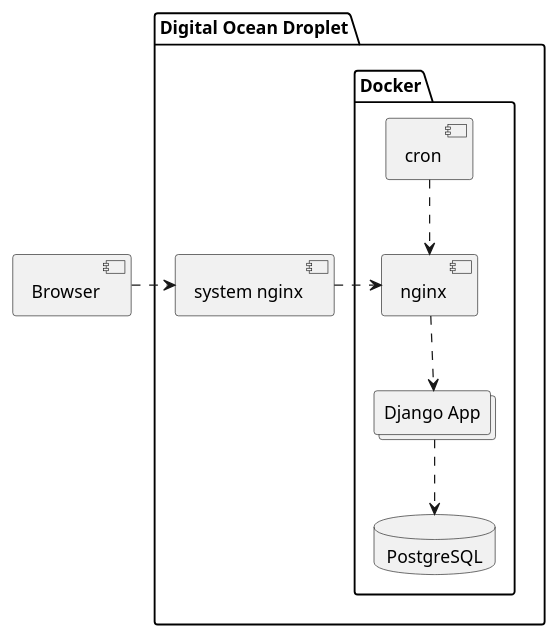
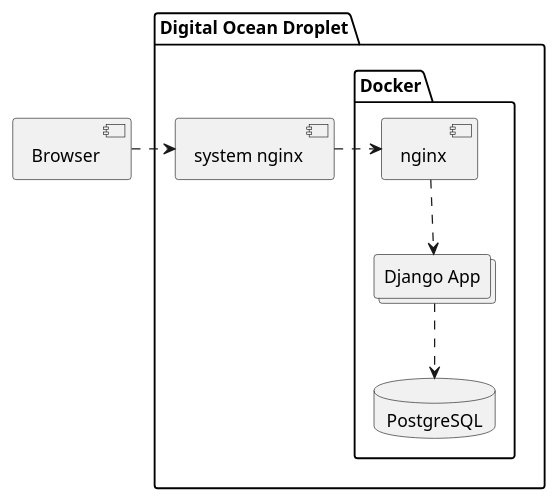
One commit to roniemartinez/docker-django-template changed the diagram in diagrams/demo-architecture.puml. Above: the diagram before and after it, drawn with PlantUML. The commit also changed 16 other files, not shown here.

```diff
--- a/diagrams/demo-architecture.puml
+++ b/diagrams/demo-architecture.puml
@@ -1,20 +1,19 @@
 @startuml
 
 component Browser
 
 package "Digital Ocean Droplet" {
 
     Browser .right.> [system nginx]
 
     package "Docker" {
         database PostgreSQL
         collections "Django App" as Django
 
         [system nginx] .right.> [nginx]
         [nginx] ..> Django
         Django ..> PostgreSQL
-        [cron] .down.> [nginx]
     }
 }
 
 @enduml
```
